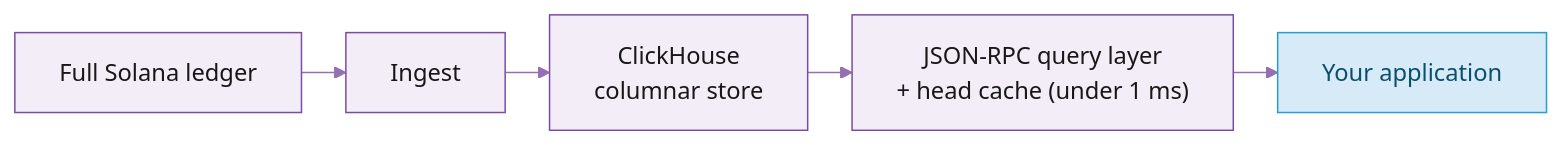
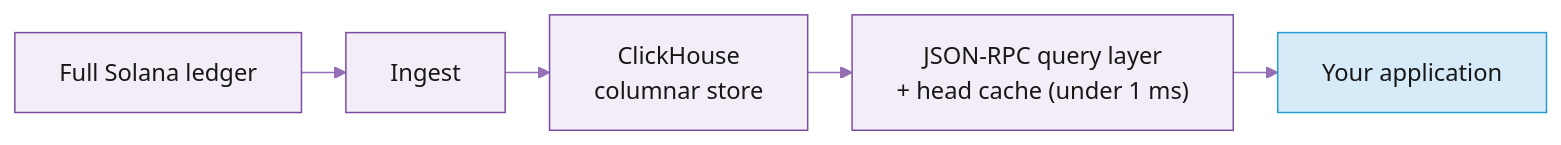
Before and after one commit to praptisharma28/triton-docs-v5: the diagram in documentation/historical-data.md, drawn with Mermaid. The commit also changed 1 other file, not shown here.

Commit message:
Streaming diagram: match historical style (palette, blue 'Your app' boxes), side-by-side subgraphs via invisible link, transparent containers; drop text-color override on both diagrams' blue boxes

````diff
--- a/documentation/historical-data.md
+++ b/documentation/historical-data.md
@@ -49,9 +49,9 @@
 ```mermaid
 %%{init: {'theme':'base','themeVariables':{'primaryColor':'#F2EDF6','primaryBorderColor':'#7A4BA0','primaryTextColor':'#171717','lineColor':'#956FB3','secondaryColor':'#E4DBEC','tertiaryColor':'#D7C9E3'},'flowchart':{'nodeSpacing':22,'rankSpacing':30,'curve':'linear'}}}%%
 flowchart LR
     ledger["Full Solana ledger"] --> ingest["Ingest"]
     ingest --> ch["ClickHouse<br/>columnar store"]
     ch --> q["JSON-RPC query layer<br/>+ head cache (under 1 ms)"]
     q --> you["Your application"]
-    style you fill:#D6EAF8,stroke:#259DD0,color:#0B4F6C
+    style you fill:#D6EAF8,stroke:#259DD0
 ```
````
